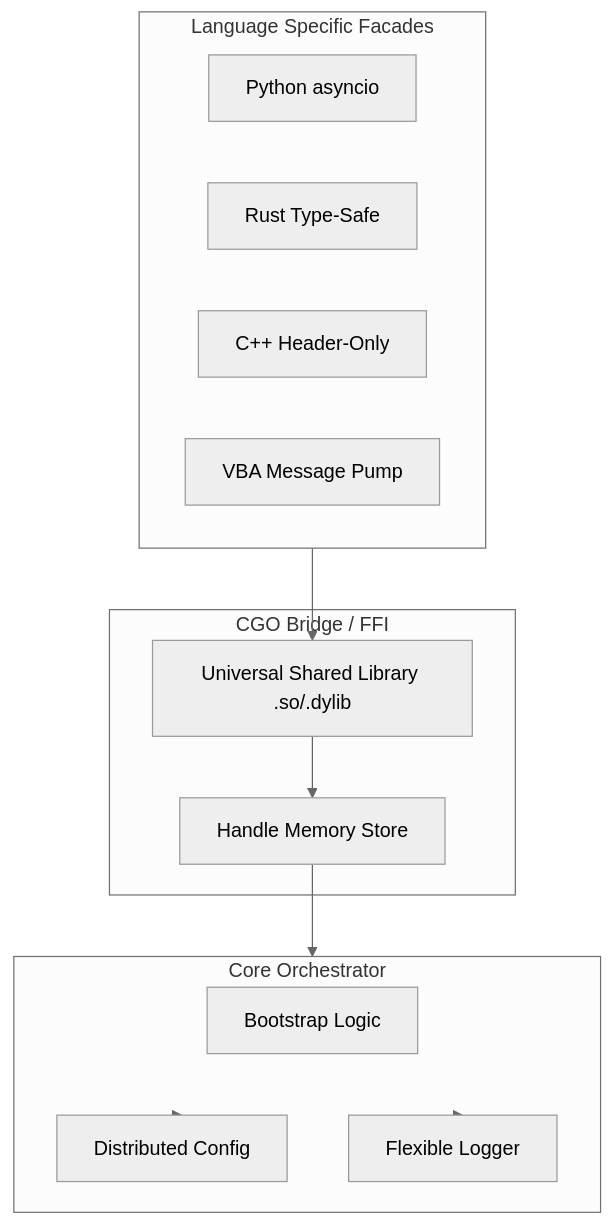
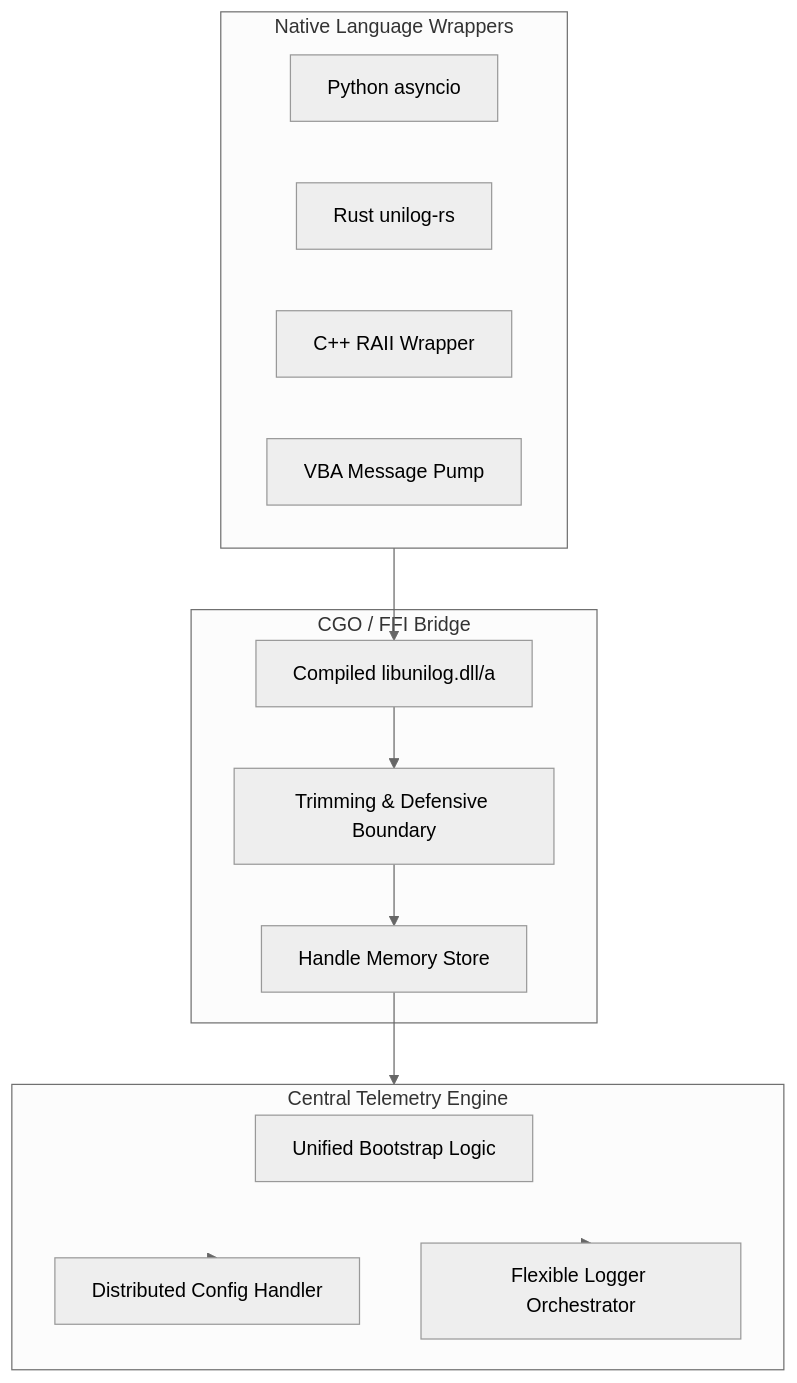
One commit to Bastien-Antigravity/universal-logger changed the diagram in ARCHITECTURE.md. Above: the diagram before and after it, drawn with Mermaid (neutral theme). The commit also changed other lines of this file and 16 other files, not shown here.

Commit message:
feat: implement VBA message pump and FFI bridge for asynchronous configuration updates

````diff
--- a/ARCHITECTURE.md
+++ b/ARCHITECTURE.md
@@ -9,26 +9,28 @@
 ```mermaid
 flowchart TD
-    subgraph Language_Facades [Language Specific Facades]
+    subgraph Language_Facades [Native Language Wrappers]
         Py[Python asyncio]
-        Rs[Rust Type-Safe]
-        Cpp[C++ Header-Only]
+        Rs[Rust unilog-rs]
+        Cpp[C++ RAII Wrapper]
         VBA[VBA Message Pump]
     end
 
-    subgraph Bridge_Layer [CGO Bridge / FFI]
-        SharedLib[Universal Shared Library .so/.dylib]
+    subgraph Bridge_Layer [CGO / FFI Bridge]
+        SharedLib[Compiled libunilog.dll/a]
+        SafeFFI[Trimming & Defensive Boundary]
         HandleMap[Handle Memory Store]
     end
 
-    subgraph Go_Core [Core Orchestrator]
-        Bootstrap[Bootstrap Logic]
-        DistConfig[Distributed Config]
-        FlexLogger[Flexible Logger]
+    subgraph Go_Core [Central Telemetry Engine]
+        Bootstrap[Unified Bootstrap Logic]
+        DistConfig[Distributed Config Handler]
+        FlexLogger[Flexible Logger Orchestrator]
     end
 
     Language_Facades --> SharedLib
-    SharedLib --> HandleMap
+    SharedLib --> SafeFFI
+    SafeFFI --> HandleMap
     HandleMap --> Go_Core
     Go_Core --> DistConfig
     Go_Core --> FlexLogger
 ```
````
